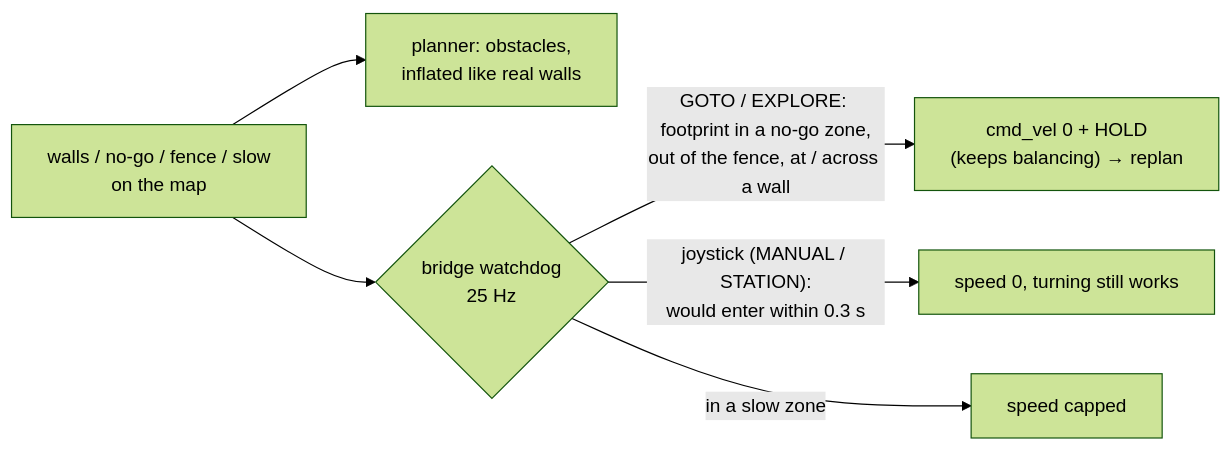
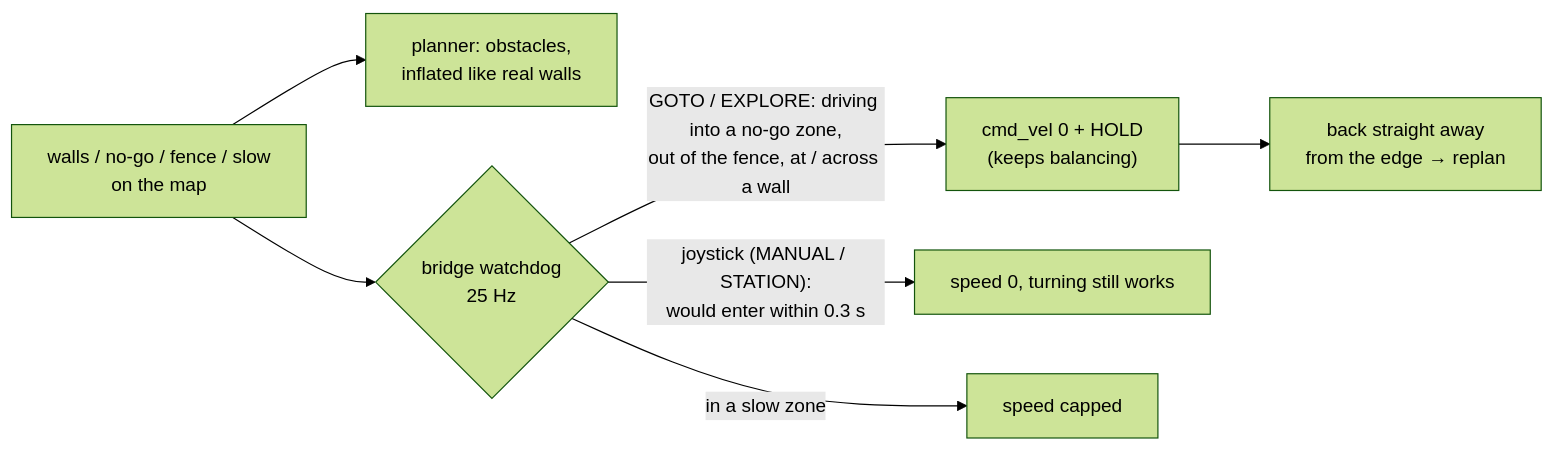
The second of 4 diagrams in docs/safety.md (nespotts/self_balancing_robot_3), drawn with Mermaid (forest theme) before and after one commit. The commit also changed other lines of this file and 6 other files, not shown here.

````diff
--- a/docs/safety.md
+++ b/docs/safety.md
@@ -60,8 +60,9 @@
 ```mermaid
 flowchart LR
   Z[walls / no-go / fence / slow<br>on the map] --> P[planner: obstacles,<br>inflated like real walls]
   Z --> W{bridge watchdog<br>25 Hz}
-  W -- "GOTO / EXPLORE: footprint in a no-go zone,<br>out of the fence, at / across a wall" --> H["cmd_vel 0 + HOLD<br>(keeps balancing) → replan"]
+  W -- "GOTO / EXPLORE: driving into a no-go zone,<br>out of the fence, at / across a wall" --> H["cmd_vel 0 + HOLD<br>(keeps balancing)"]
+  H --> E["back straight away<br>from the edge → replan"]
   W -- "joystick (MANUAL / STATION):<br>would enter within 0.3 s" --> J[speed 0, turning still works]
   W -- "in a slow zone" --> S[speed capped]
 ```
````
